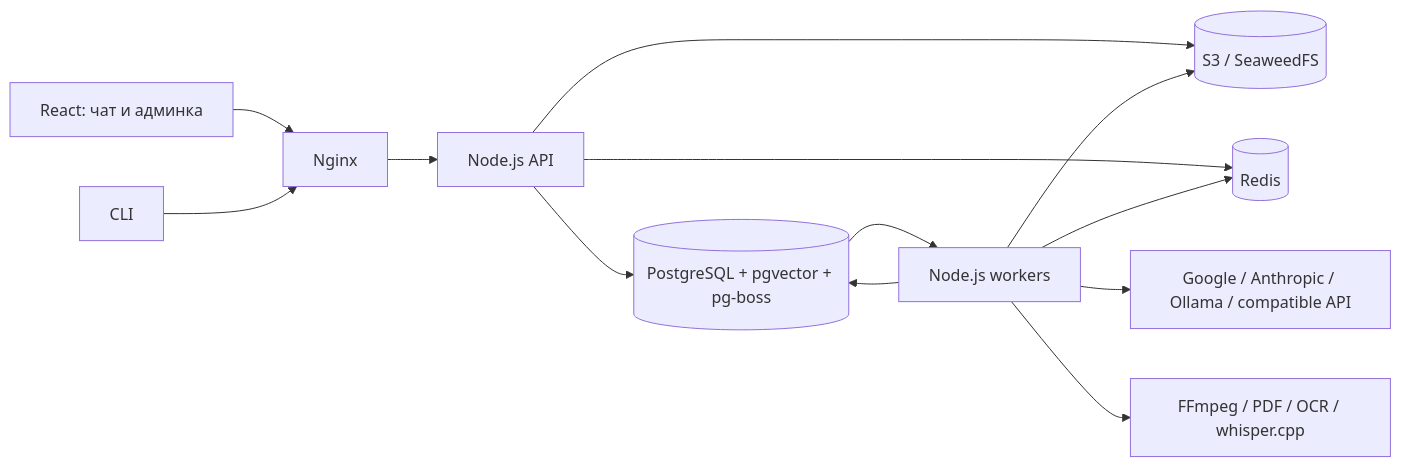
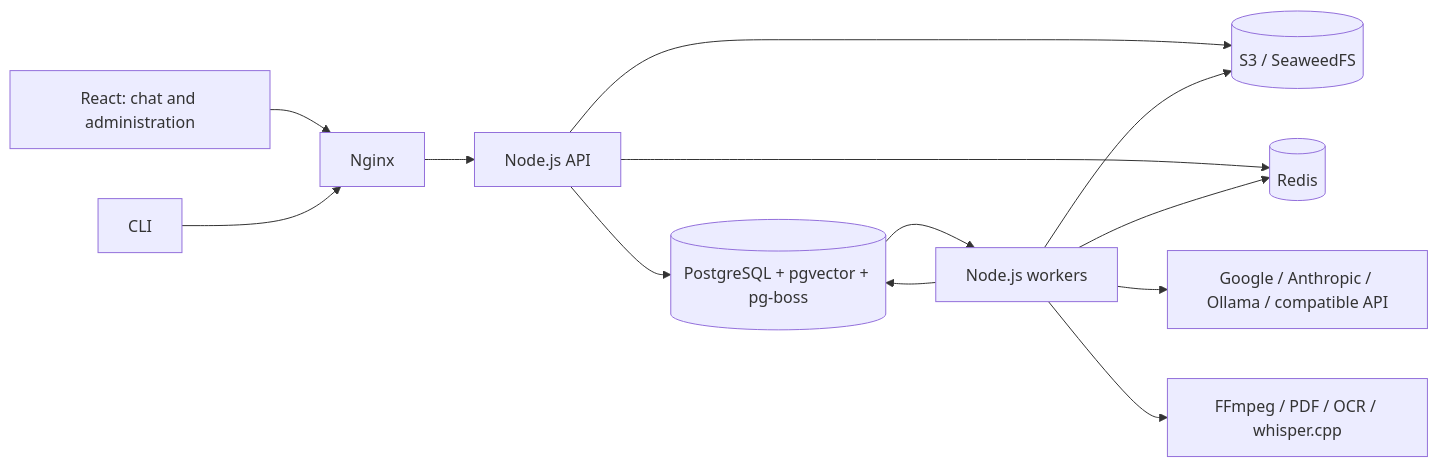
One commit to ichernetskii/multimodal-rag-knowledge-base changed the diagram in docs/ARCHITECTURE.md. Above: the diagram before and after it, drawn with Mermaid. The commit also changed other lines of this file and 186 other files, not shown here.

````diff
--- a/docs/ARCHITECTURE.md
+++ b/docs/ARCHITECTURE.md
@@ -5,15 +5,15 @@
 ```mermaid
 flowchart LR
-  C[React: чат и админка] --> N[Nginx]
+  C[React: chat and administration] --> N[Nginx]
   CLI[CLI] --> N
   N --> API[Node.js API]
   API --> PG[(PostgreSQL + pgvector + pg-boss)]
   API --> S3[(S3 / SeaweedFS)]
   API --> R[(Redis)]
   PG --> W[Node.js workers]
   W --> PG
   W --> S3
   W --> R
   W --> AI[Google / Anthropic / Ollama / compatible API]
   W --> CPU[FFmpeg / PDF / OCR / whisper.cpp]
 ```
````
